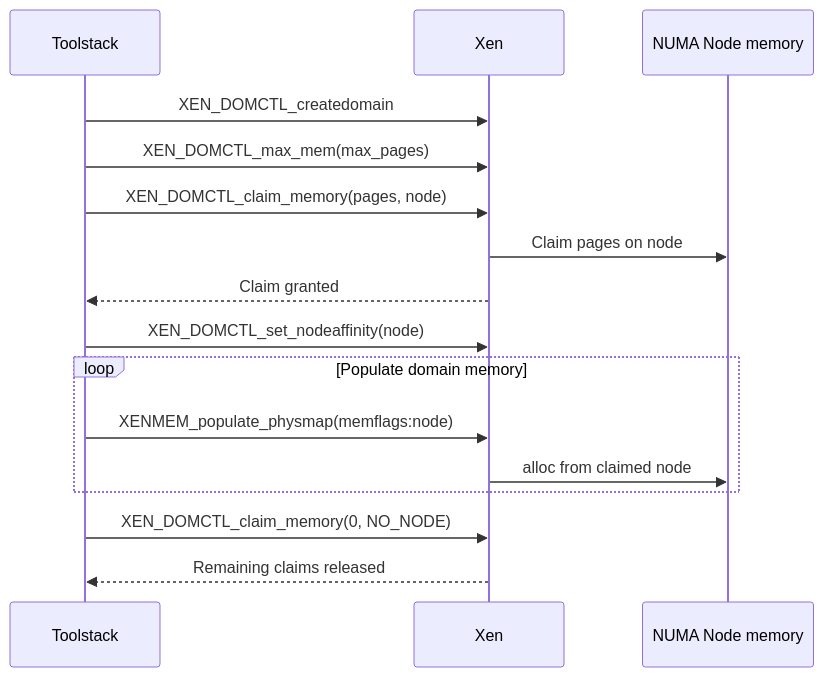
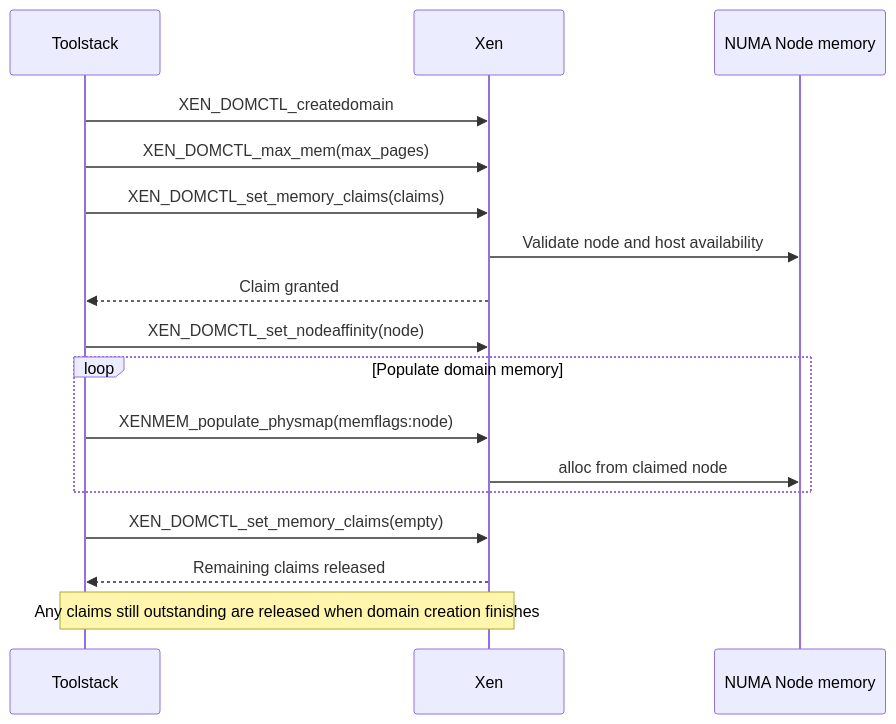
The diagram in docs/guest-guide/dom/DOMCTL_claim_memory-workflow.mmd (xenserver-next/xen), drawn with Mermaid before and after one commit. The commit also changed 14 other files, not shown here.

```diff
--- a/docs/guest-guide/dom/DOMCTL_claim_memory-workflow.mmd
+++ b/docs/guest-guide/dom/DOMCTL_claim_memory-workflow.mmd
@@ -1,23 +1,24 @@
 %% SPDX-License-Identifier: CC-BY-4.0
 sequenceDiagram
 
 participant Toolstack
 participant Xen
 participant NUMA Node memory
 
 Toolstack->>Xen: XEN_DOMCTL_createdomain
 Toolstack->>Xen: XEN_DOMCTL_max_mem(max_pages)
 
-Toolstack->>Xen: XEN_DOMCTL_claim_memory(pages, node)
-Xen->>NUMA Node memory: Claim pages on node
+Toolstack->>Xen: XEN_DOMCTL_set_memory_claims(claims)
+Xen->>NUMA Node memory: Validate node and host availability
 Xen-->>Toolstack: Claim granted
 
 Toolstack->>Xen: XEN_DOMCTL_set_nodeaffinity(node)
 
 loop Populate domain memory
     Toolstack->>Xen: XENMEM_populate_physmap(memflags:node)
     Xen->>NUMA Node memory: alloc from claimed node
 end
 
-Toolstack->>Xen: XEN_DOMCTL_claim_memory(0, NO_NODE)
+Toolstack->>Xen: XEN_DOMCTL_set_memory_claims(empty)
 Xen-->>Toolstack: Remaining claims released
+Note over Toolstack,Xen: Any claims still outstanding are released when domain creation finishes
```
